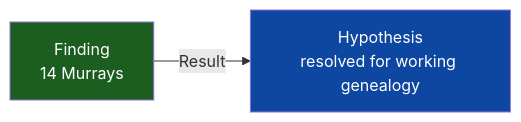
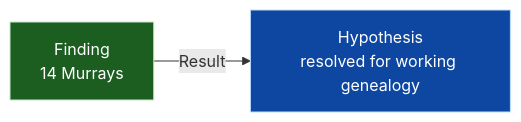
Before and after one commit to zcopley/copley-family-research: the fourth of 10 diagrams in MERMAID_DIAGRAM_GUIDE.md, drawn with Mermaid. The commit also changed other lines of this file and 14 other files, not shown here.

Commit message:
Enforce Mermaid diagram contrast

````diff
--- a/MERMAID_DIAGRAM_GUIDE.md
+++ b/MERMAID_DIAGRAM_GUIDE.md
@@ -146,7 +160,7 @@
 ```mermaid
 graph LR
     A["Finding<br/>14 Murrays"] --> |Result| B["Hypothesis<br/>resolved for working genealogy"]
     
-    style A fill:#1b5e20,color:#ffffff
-    style B fill:#0d47a1,color:#ffffff
+    style A fill:#1b5e20,stroke:#c8e6c9,color:#ffffff
+    style B fill:#0d47a1,stroke:#bbdefb,color:#ffffff
 ```
````
